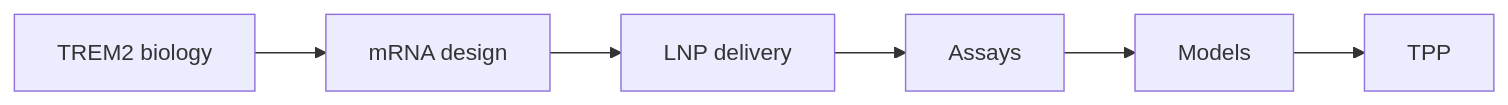
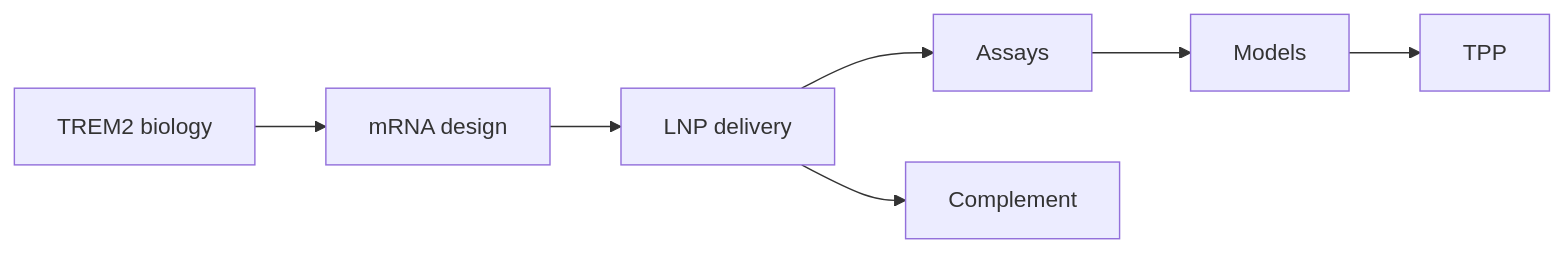
The diagram in science/README.md (CosmicCEO/novellum), drawn with Mermaid before and after one commit. The commit also changed other lines of this file, not shown here.

Commit message:
Index complement note in science README

````diff
--- a/science/README.md
+++ b/science/README.md
@@ -7,8 +7,9 @@
 ```mermaid
 flowchart LR
   B[TREM2 biology] --> M[mRNA design]
   M --> D[LNP delivery]
   D --> A[Assays]
   A --> Mod[Models]
   Mod --> T[TPP]
+  D --> C[Complement]
 ```
````
